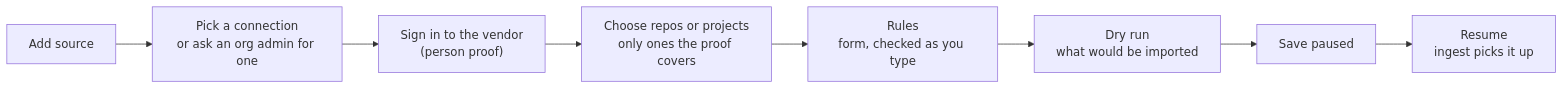
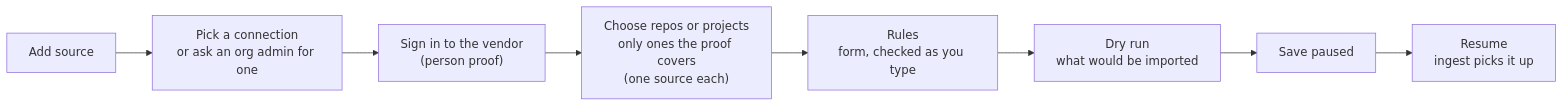
Before and after one commit to GetFelix/KBL: the diagram in docs/design/sources.md, drawn with Mermaid. The commit also changed other lines of this file and 1 other file, not shown here.

````diff
--- a/docs/design/sources.md
+++ b/docs/design/sources.md
@@ -46,10 +51,10 @@
 ```mermaid
 flowchart LR
     A["Add source"] --> B["Pick a connection<br/>or ask an org admin for one"]
     B --> C["Sign in to the vendor<br/>(person proof)"]
-    C --> D["Choose repos or projects<br/>only ones the proof covers"]
+    C --> D["Choose repos or projects<br/>only ones the proof covers<br/>(one source each)"]
     D --> E["Rules<br/>form, checked as you type"]
     E --> F["Dry run<br/>what would be imported"]
     F --> G["Save paused"]
     G --> H["Resume<br/>ingest picks it up"]
 ```
````
